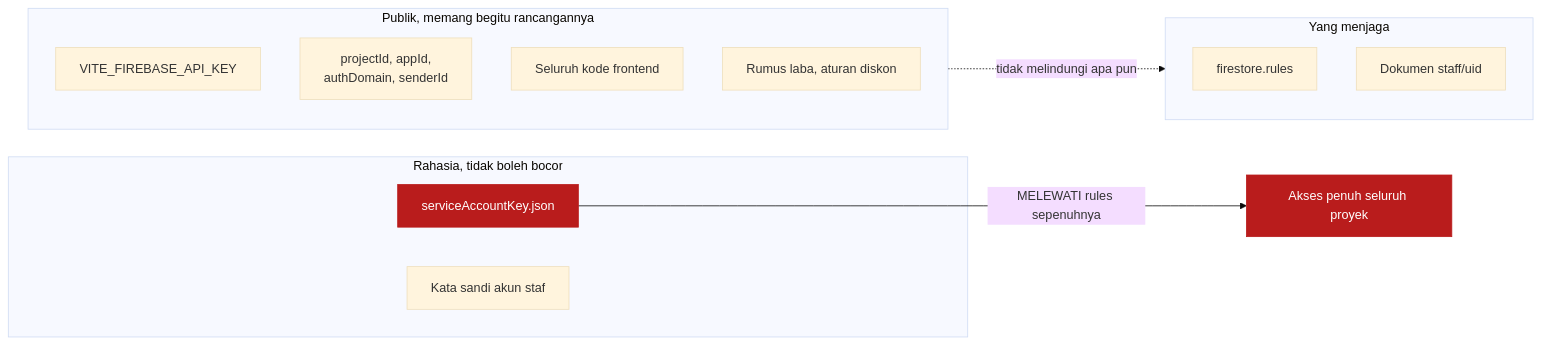
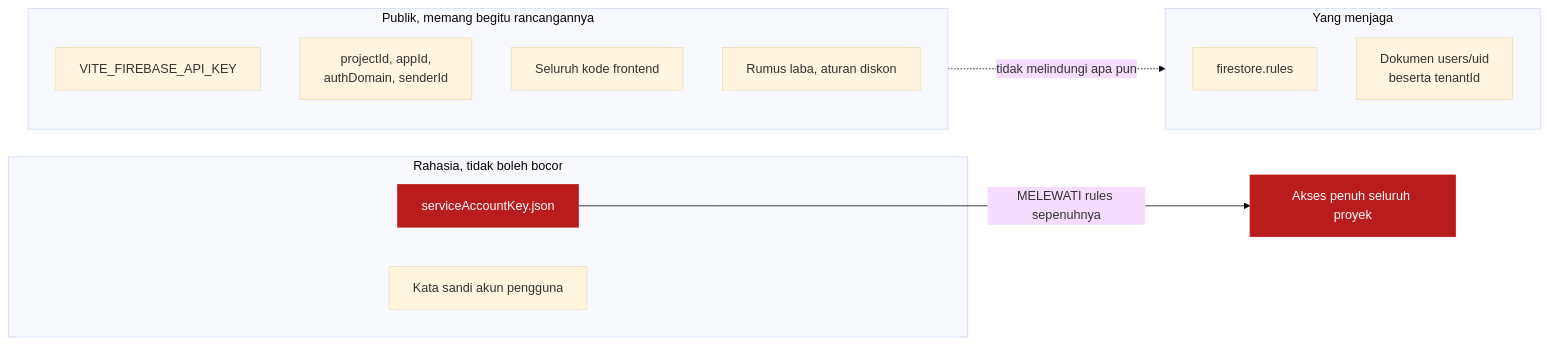
One commit to nadhimc/simple-pos-kkn-agung changed the first of 5 diagrams in docs/keamanan.md. Above: the diagram before and after it, drawn with Mermaid (base theme). The commit also changed other lines of this file and 10 other files, not shown here.

````diff
--- a/docs/keamanan.md
+++ b/docs/keamanan.md
@@ -11,25 +11,25 @@
 ```mermaid
 flowchart LR
   subgraph pub["Publik, memang begitu rancangannya"]
     P1["VITE_FIREBASE_API_KEY"]
     P2["projectId, appId,<br/>authDomain, senderId"]
     P3["Seluruh kode frontend"]
     P4["Rumus laba, aturan diskon"]
   end
 
   subgraph sec["Rahasia, tidak boleh bocor"]
     S1["serviceAccountKey.json"]
-    S2["Kata sandi akun staf"]
+    S2["Kata sandi akun pengguna"]
   end
 
   subgraph guard["Yang menjaga"]
     G1["firestore.rules"]
-    G2["Dokumen staff/uid"]
+    G2["Dokumen users/uid<br/>beserta tenantId"]
   end
 
   pub -.->|"tidak melindungi apa pun"| guard
   S1 -->|"MELEWATI rules sepenuhnya"| X["Akses penuh seluruh proyek"]
 
   classDef danger fill:#b91c1c,stroke:#b91c1c,color:#ffffff
   class X,S1 danger
 ```
````
